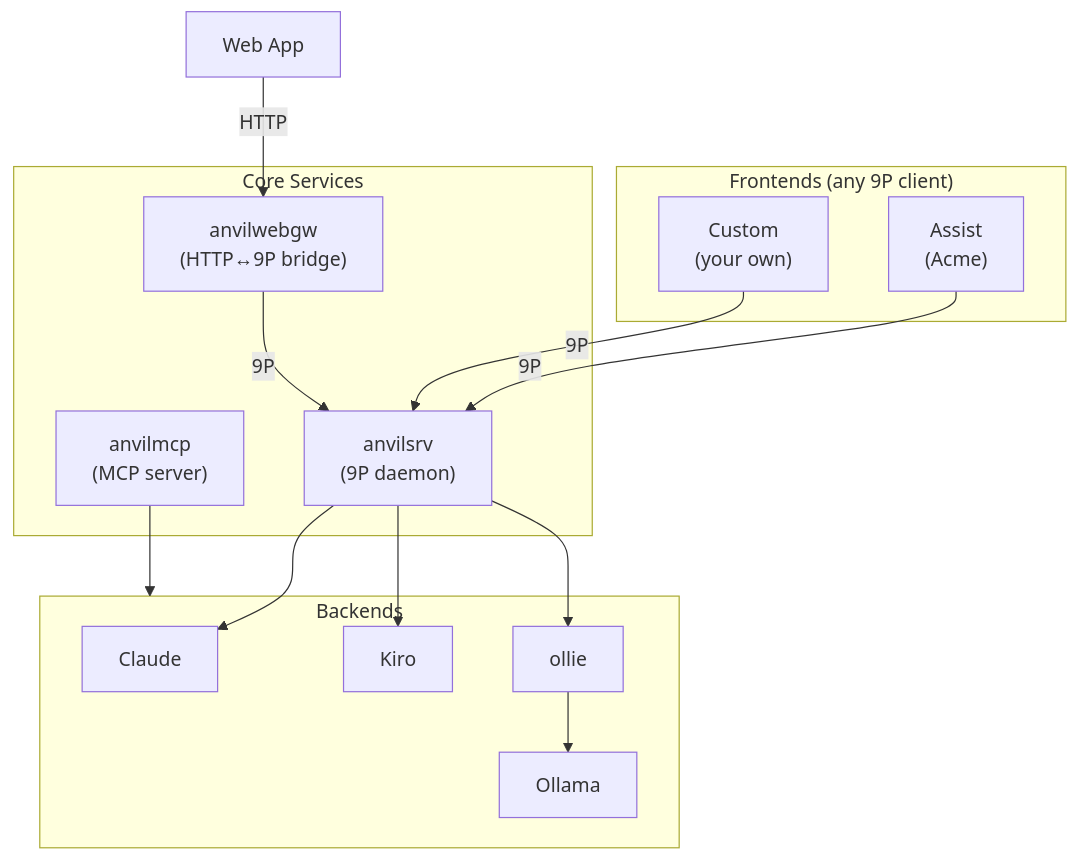
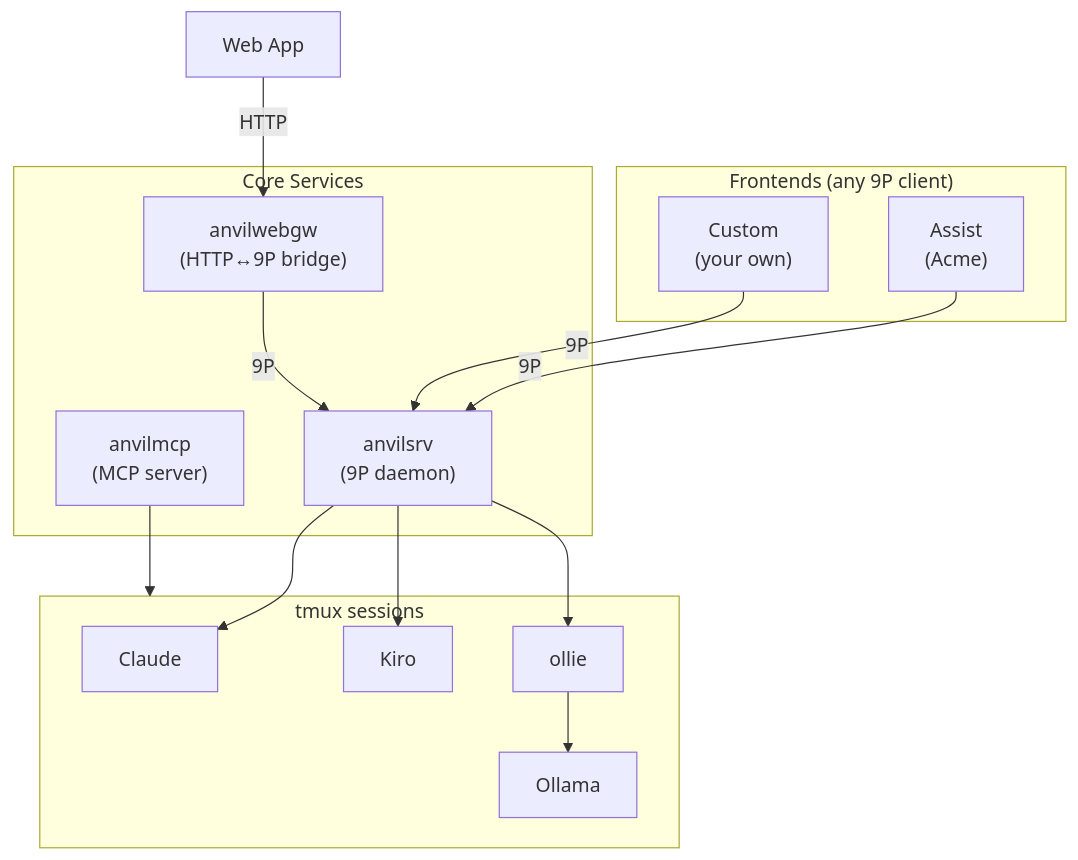
One commit to lneely/anvillm changed the diagram in docs/diagrams/architecture.mmd. Above: the diagram before and after it, drawn with Mermaid. The commit also changed 1 other file, not shown here.

Commit message:
architecture diagram: rename Backends to tmux sessions

```diff
--- a/docs/diagrams/architecture.mmd
+++ b/docs/diagrams/architecture.mmd
@@ -1,31 +1,31 @@
 graph TB
     subgraph Clients["Frontends (any 9P client)"]
         Assist["Assist<br/>(Acme)"]
         Custom["Custom<br/>(your own)"]
     end
     
     WebApp["Web App"]
     
     subgraph Core["Core Services"]
         anvilsrv["anvilsrv<br/>(9P daemon)"]
         anvilmcp["anvilmcp<br/>(MCP server)"]
         anvilwebgw["anvilwebgw<br/>(HTTP↔9P bridge)"]
     end
     
-    subgraph Backends
+    subgraph tmux["tmux sessions"]
         Claude["Claude"]
         Kiro["Kiro"]
         ollie["ollie"]
         Ollama["Ollama"]
     end
     
     Assist -->|9P| anvilsrv
     Custom -->|9P| anvilsrv
     WebApp -->|HTTP| anvilwebgw
     anvilwebgw -->|9P| anvilsrv
     
     anvilsrv --> Claude
     anvilsrv --> Kiro
     anvilsrv --> ollie
-    anvilmcp --> Backends
+    anvilmcp --> tmux
     ollie --> Ollama
```
